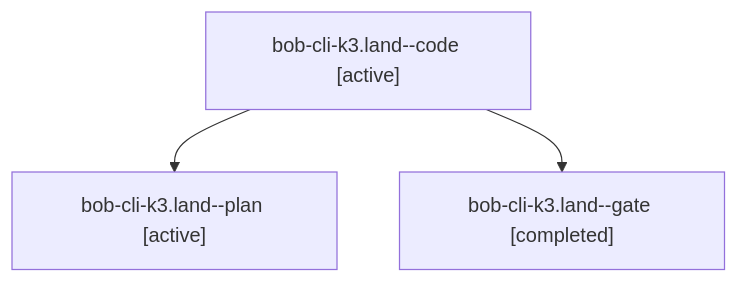
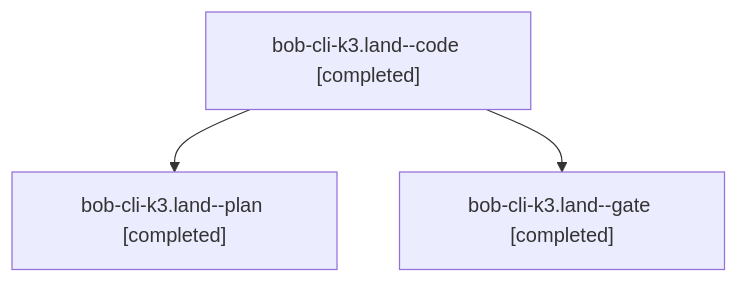
The diagram in sessions/bbugyi200.athena.bob-cli-k3.land.md (bobs-org/bob-cli--agents), drawn with Mermaid before and after one commit. The commit also changed other lines of this file and 96 other files, not shown here.

````diff
--- a/sessions/bbugyi200.athena.bob-cli-k3.land.md
+++ b/sessions/bbugyi200.athena.bob-cli-k3.land.md
@@ -9,8 +9,8 @@
 ```mermaid
 flowchart TD
-  n0["bob-cli-k3.land--code [active]"]
-  n1["bob-cli-k3.land--plan [active]"]
+  n0["bob-cli-k3.land--code [completed]"]
+  n1["bob-cli-k3.land--plan [completed]"]
   n0 --> n1
   n2["bob-cli-k3.land--gate [completed]"]
   n0 --> n2
 ```
````
